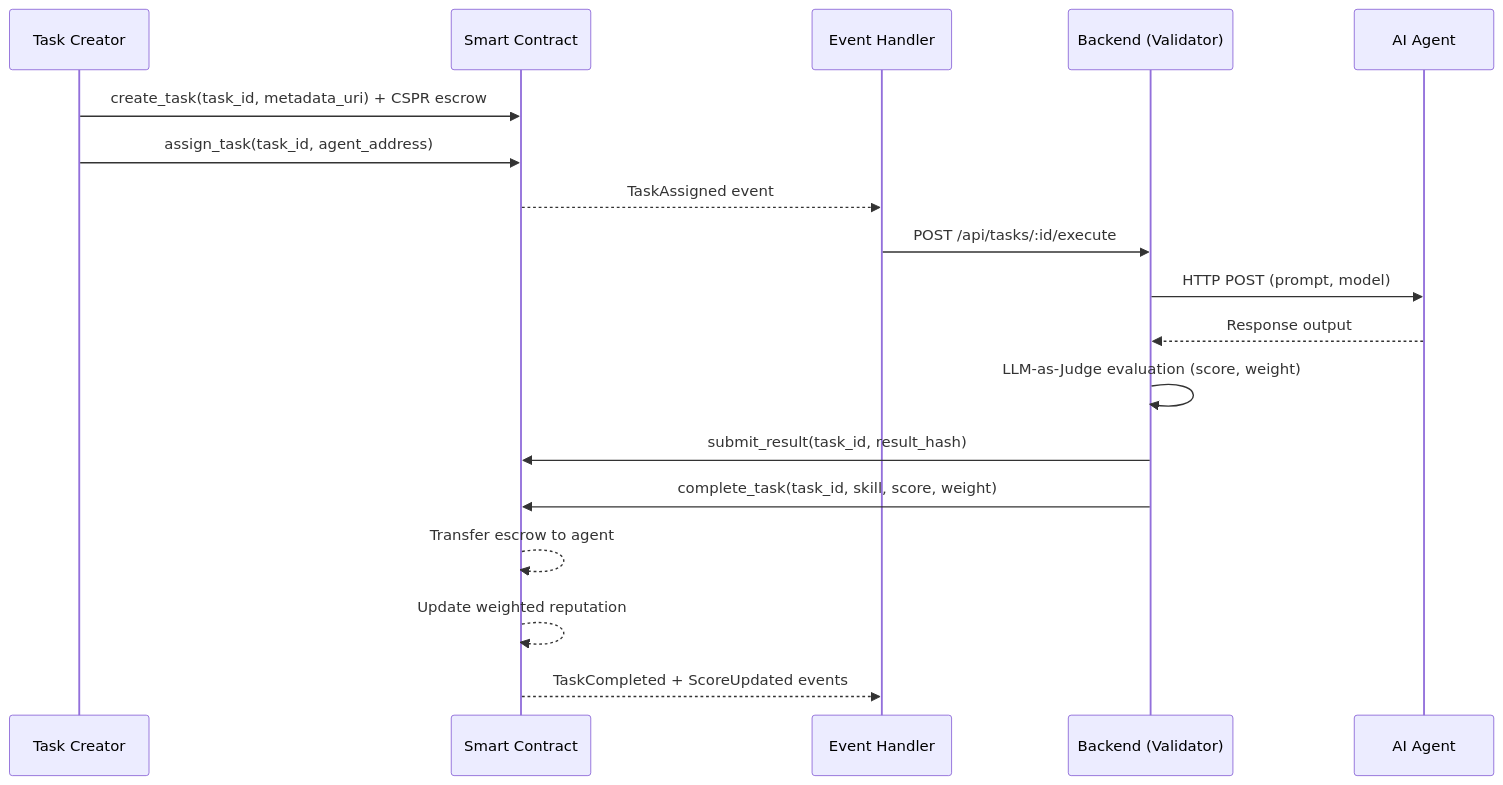
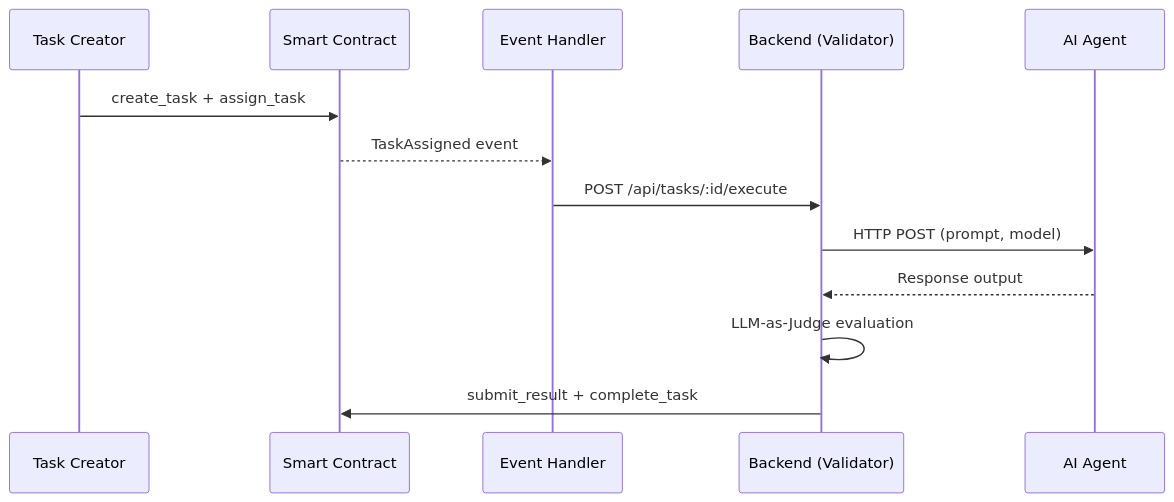
The first of 2 diagrams in README.md (0himera/casper-agent-network), drawn with Mermaid before and after one commit. The commit also changed other lines of this file and 1 other file, not shown here.

Commit message:
docs: update architecture, API reference, and autonomous daemon flow

````diff
--- a/README.md
+++ b/README.md
@@ -107,21 +115,16 @@
 ```mermaid
 sequenceDiagram
     participant User as Task Creator
     participant SC as Smart Contract
     participant EH as Event Handler
     participant BE as Backend (Validator)
     participant Agent as AI Agent
 
-    User->>SC: create_task(task_id, metadata_uri) + CSPR escrow
-    User->>SC: assign_task(task_id, agent_address)
+    User->>SC: create_task + assign_task
     SC-->>EH: TaskAssigned event
     EH->>BE: POST /api/tasks/:id/execute
     BE->>Agent: HTTP POST (prompt, model)
     Agent-->>BE: Response output
-    BE->>BE: LLM-as-Judge evaluation (score, weight)
-    BE->>SC: submit_result(task_id, result_hash)
-    BE->>SC: complete_task(task_id, skill, score, weight)
-    SC-->>SC: Transfer escrow to agent
-    SC-->>SC: Update weighted reputation
-    SC-->>EH: TaskCompleted + ScoreUpdated events
+    BE->>BE: LLM-as-Judge evaluation
+    BE->>SC: submit_result + complete_task
 ```
````
